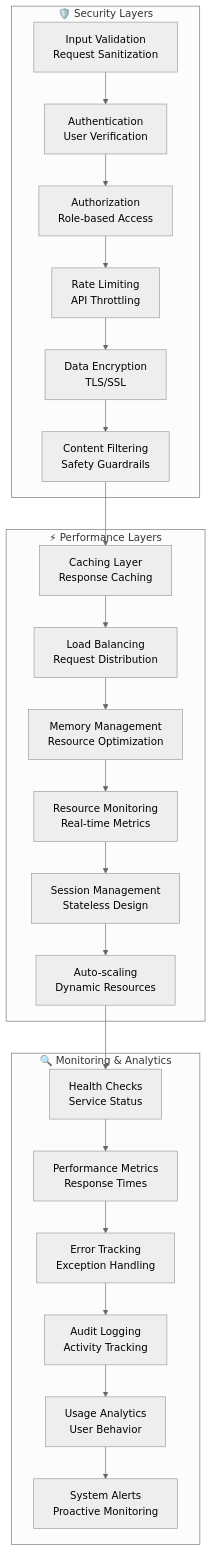
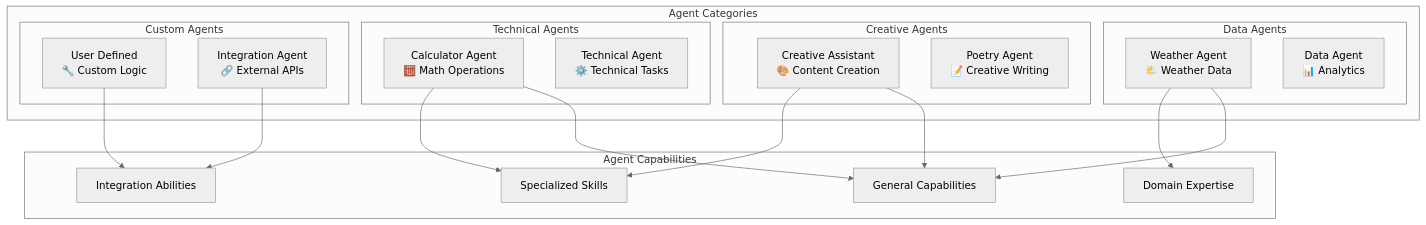
One commit to ashfrnndz21/AgentOS_Latest_Release changed the sixth of 9 diagrams in docs/ARCHITECTURE_DIAGRAMS.md. Above: the diagram before and after it, drawn with Mermaid (neutral theme). The commit also changed other lines of this file and 6 other files, not shown here.

````diff
--- a/docs/ARCHITECTURE_DIAGRAMS.md
+++ b/docs/ARCHITECTURE_DIAGRAMS.md
@@ -397,50 +209,40 @@
 ```mermaid
 graph TB
-    subgraph "🛡️ Security Layers"
-        SL1[Input Validation<br/>Request Sanitization]
-        SL2[Authentication<br/>User Verification]
-        SL3[Authorization<br/>Role-based Access]
-        SL4[Rate Limiting<br/>API Throttling]
-        SL5[Data Encryption<br/>TLS/SSL]
-        SL6[Content Filtering<br/>Safety Guardrails]
+    subgraph "Agent Categories"
+        subgraph "Data Agents"
+            WA[Weather Agent<br/>🌤️ Weather Data]
+            DA[Data Agent<br/>📊 Analytics]
+        end
+        
+        subgraph "Creative Agents"
+            CA[Creative Assistant<br/>🎨 Content Creation]
+            PA[Poetry Agent<br/>📝 Creative Writing]
+        end
+        
+        subgraph "Technical Agents"
+            CalA[Calculator Agent<br/>🧮 Math Operations]
+            TA[Technical Agent<br/>⚙️ Technical Tasks]
+        end
+        
+        subgraph "Custom Agents"
+            UA[User Defined<br/>🔧 Custom Logic]
+            IA[Integration Agent<br/>🔗 External APIs]
+        end
     end
     
-    subgraph "⚡ Performance Layers"
-        PL1[Caching Layer<br/>Response Caching]
-        PL2[Load Balancing<br/>Request Distribution]
-        PL3[Memory Management<br/>Resource Optimization]
-        PL4[Resource Monitoring<br/>Real-time Metrics]
-        PL5[Session Management<br/>Stateless Design]
-        PL6[Auto-scaling<br/>Dynamic Resources]
+    subgraph "Agent Capabilities"
+        C1[General Capabilities]
+        C2[Domain Expertise]
+        C3[Specialized Skills]
+        C4[Integration Abilities]
     end
     
-    subgraph "🔍 Monitoring & Analytics"
-        MA1[Health Checks<br/>Service Status]
-        MA2[Performance Metrics<br/>Response Times]
-        MA3[Error Tracking<br/>Exception Handling]
-        MA4[Audit Logging<br/>Activity Tracking]
-        MA5[Usage Analytics<br/>User Behavior]
-        MA6[System Alerts<br/>Proactive Monitoring]
-    end
-    
-    SL1 --> SL2
-    SL2 --> SL3
-    SL3 --> SL4
-    SL4 --> SL5
-    SL5 --> SL6
-    
-    PL1 --> PL2
-    PL2 --> PL3
-    PL3 --> PL4
-    PL4 --> PL5
-    PL5 --> PL6
-    
-    MA1 --> MA2
-    MA2 --> MA3
-    MA3 --> MA4
-    MA4 --> MA5
-    MA5 --> MA6
-    
-    SL6 --> PL1
-    PL6 --> MA1
+    WA --> C1
+    WA --> C2
+    CA --> C1
+    CA --> C3
+    CalA --> C1
+    CalA --> C3
+    UA --> C4
+    IA --> C4
 ```
````
